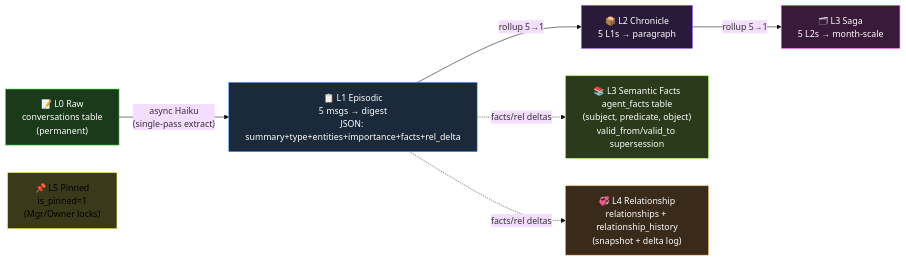
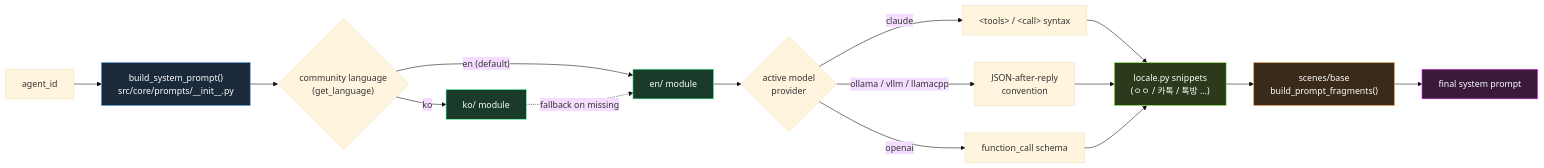
The third of 4 diagrams in README.md (je-empty/Glimi), drawn with Mermaid (base theme) before and after one commit. The commit also changed other lines of this file, not shown here.

Commit message:
docs: README 전면 개편 — 프롬프트 i18n/model dialect + scene + 4종 mermaid 다이어그램

````diff
--- a/README.md
+++ b/README.md
@@ -226,23 +201,22 @@
 ```mermaid
-graph LR
-    L0["📝 L0 Raw\nconversations table\n(permanent)"]
-    L1["📋 L1 Episodic\n5 msgs → digest\nJSON: summary+type+entities+importance+facts+rel_delta"]
-    L2["📦 L2 Chronicle\n5 L1s → paragraph"]
-    L3["🗂 L3 Saga\n5 L2s → month-scale"]
-    Facts["📚 L3 Semantic Facts\nagent_facts table\n(subject, predicate, object)\nvalid_from/valid_to supersession"]
-    Rel["💞 L4 Relationship\nrelationships + relationship_history\n(snapshot + delta log)"]
-    Pin["📌 L5 Pinned\nis_pinned=1\n(Mgr/Owner locks)"]
+flowchart LR
+    A["agent_id"] --> B["build_system_prompt()<br/>src/core/prompts/__init__.py"]
+    B --> C{"community language<br/>(get_language)"}
+    C -->|"ko"| D["ko/ module"]
+    C -->|"en (default)"| E["en/ module"]
+    D -. fallback on missing .-> E
+    E --> F{"active model<br/>provider"}
+    F -->|"claude"| G1["&lt;tools&gt; / &lt;call&gt; syntax"]
+    F -->|"ollama / vllm / llamacpp"| G2["JSON-after-reply<br/>convention"]
+    F -->|"openai"| G3["function_call schema"]
+    G1 & G2 & G3 --> H["locale.py snippets<br/>(ㅇㅇ / 카톡 / 톡방 ...)"]
+    H --> I["scenes/base<br/>build_prompt_fragments()"]
+    I --> J["final system prompt"]
 
-    L0 -->|"async Haiku\n(single-pass extract)"| L1
-    L1 -->|"rollup 5→1"| L2
-    L2 -->|"rollup 5→1"| L3
-    L1 -.->|"facts/rel deltas"| Facts & Rel
-
-    style L0 fill:#1a3a1a,stroke:#4aff4a,color:#fff
-    style L1 fill:#1a2a3a,stroke:#4a9eff,color:#fff
-    style L2 fill:#2a1a3a,stroke:#9a4aff,color:#fff
-    style L3 fill:#3a1a3a,stroke:#ff4aff,color:#fff
-    style Facts fill:#2a3a1a,stroke:#9aff4a,color:#fff
-    style Rel fill:#3a2a1a,stroke:#ffaa4a,color:#fff
-    style Pin fill:#3a3a1a,stroke:#ffff4a,color:#000
+    style B fill:#1a2a3a,stroke:#4a9eff,color:#fff
+    style D fill:#1a3a2a,stroke:#4aff9e,color:#fff
+    style E fill:#1a3a2a,stroke:#4aff9e,color:#fff
+    style H fill:#2a3a1a,stroke:#9aff4a,color:#fff
+    style I fill:#3a2a1a,stroke:#ffaa4a,color:#fff
+    style J fill:#3a1a3a,stroke:#ff4aff,color:#fff
 ```
````
